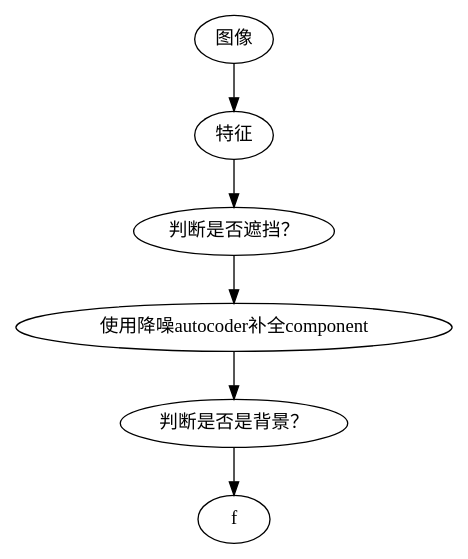
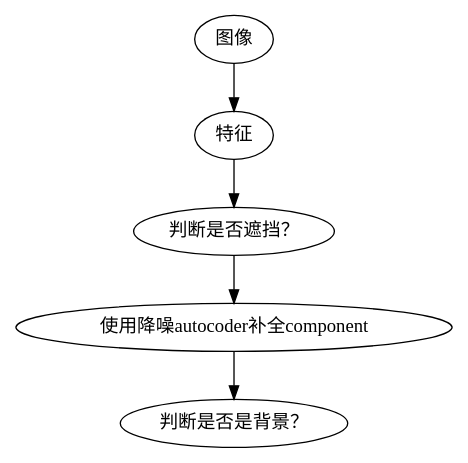
One commit to gwli/DeepLearningOnGPU changed the second of 2 diagrams in source/basicConcept/NewPaper.rst. Above: the diagram before and after it, drawn with Graphviz. The commit also changed other lines of this file and 1 other file, not shown here.

```diff
--- a/source/basicConcept/NewPaper.rst
+++ b/source/basicConcept/NewPaper.rst
@@ -165,10 +161,10 @@
 .. graphviz::
 
    digraph G {
       a [label="图像"];
       b [label="特征"  ];
       c [label="判断是否遮挡？"];
       d [label="使用降噪autocoder补全component"];
       e[label="判断是否是背景？"];
-      a->b->c->d->e->f
+      a->b->c->d->e
    }
```
